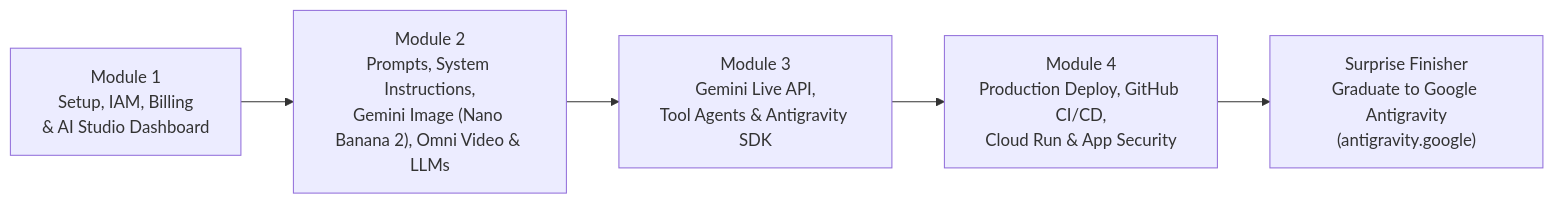
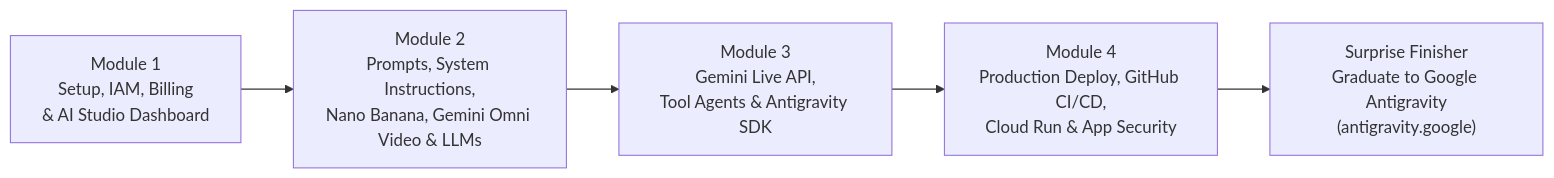
The diagram in README.md (AllInVaders/aistudio-full-course), drawn with Mermaid before and after one commit. The commit also changed other lines of this file and 30 other files, not shown here.

````diff
--- a/README.md
+++ b/README.md
@@ -25,7 +25,7 @@
 ```mermaid
 flowchart LR
-    M1["Module 1<br/>Setup, IAM, Billing<br/>& AI Studio Dashboard"] --> M2["Module 2<br/>Prompts, System Instructions,<br/>Gemini Image (Nano Banana 2), Omni Video & LLMs"]
+    M1["Module 1<br/>Setup, IAM, Billing<br/>& AI Studio Dashboard"] --> M2["Module 2<br/>Prompts, System Instructions,<br/>Nano Banana, Gemini Omni Video & LLMs"]
     M2 --> M3["Module 3<br/>Gemini Live API,<br/>Tool Agents & Antigravity SDK"]
     M3 --> M4["Module 4<br/>Production Deploy, GitHub CI/CD,<br/>Cloud Run & App Security"]
     M4 --> SF["Surprise Finisher<br/>Graduate to Google Antigravity<br/>(antigravity.google)"]
 ```
````
